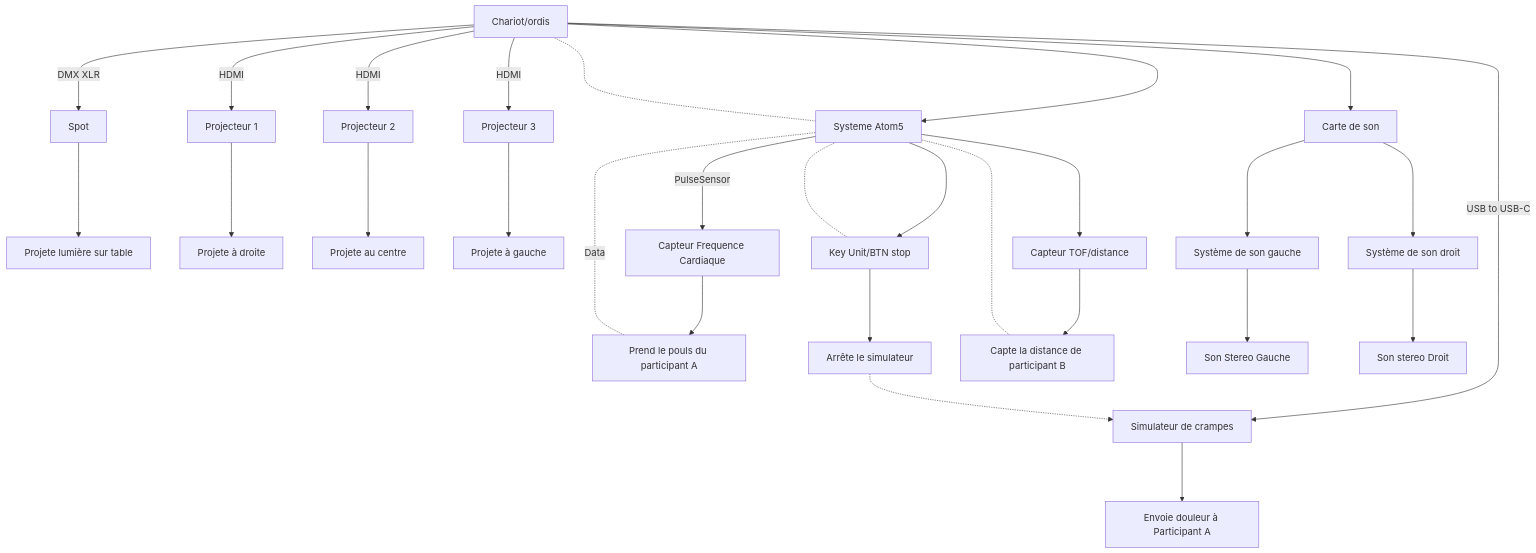
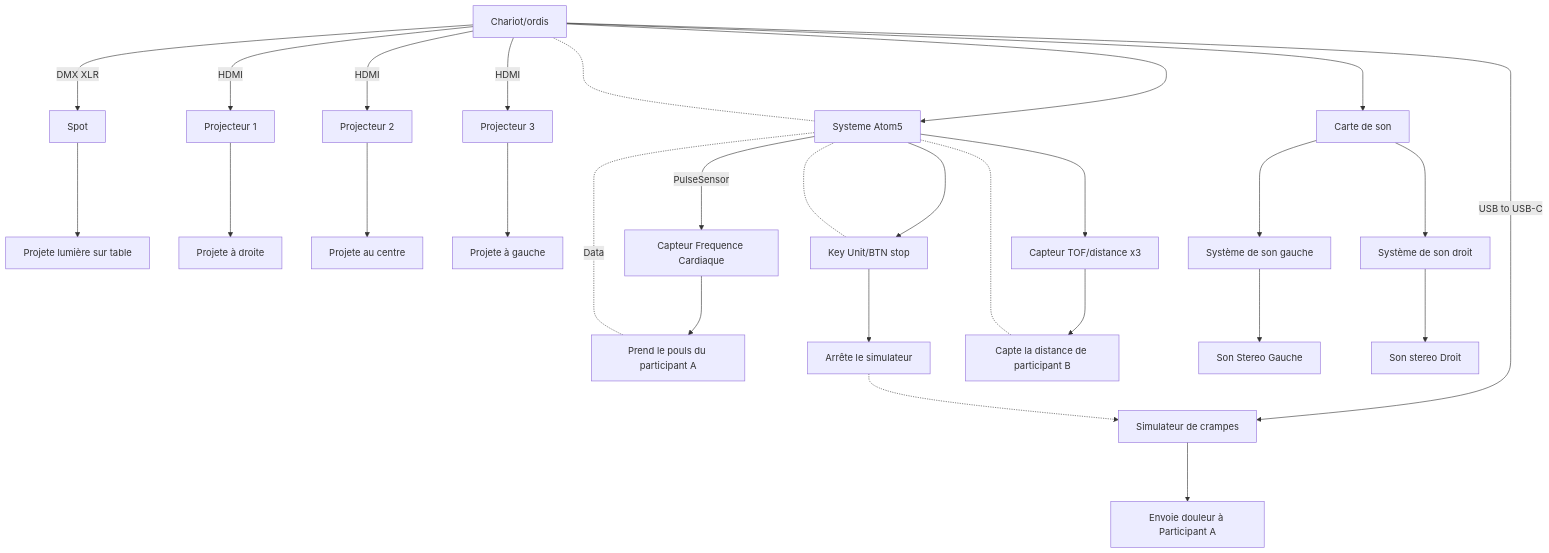
Before and after one commit to KenzaElHarrif/scenarisation_kenza: the second of 2 diagrams in README.md, drawn with Mermaid. The commit also changed other lines of this file, not shown here.

````diff
--- a/README.md
+++ b/README.md
@@ -191,43 +191,41 @@
 ```mermaid
 graph TD;
     
     A[Chariot/ordis]--->|DMX XLR|B[Spot];
     B--->C[Projete lumière sur table];
     A---> D[Systeme Atom5];
     D -.- A;
 
     A--->|HDMI|E[Projecteur 1];
     E--->F[Projete à droite];
 
     A--->|HDMI|G[Projecteur 2];
     G--->H[Projete au centre];
 
     A--->|HDMI|I[Projecteur 3];
     I--->J[Projete à gauche];
 
     D--->|PulseSensor|K[Capteur Frequence Cardiaque];
     K--->L[Prend le pouls du participant A];
     L-.-|Data|D;
 
     A--->|USB to USB-C|M[Simulateur de crampes];
     M--->N[Envoie douleur à Participant A]
   
     D--->O[Key Unit/BTN stop];
     O--->P[Arrête le simulateur]
     P-.->M;
     O-.-D;
 
-    D--->Q[Capteur TOF/distance];
+    D--->Q[Capteur TOF/distance x3];
     Q--->R[Capte la distance de participant B];
     R-.-D;
     
     A--->S[Carte de son];
     S--->T[Système de son gauche];
     T--->U[Son Stereo Gauche]
 
     S--->V[Système de son droit];
     V--->W[Son stereo Droit];
 
-   
-    
 ```
````
